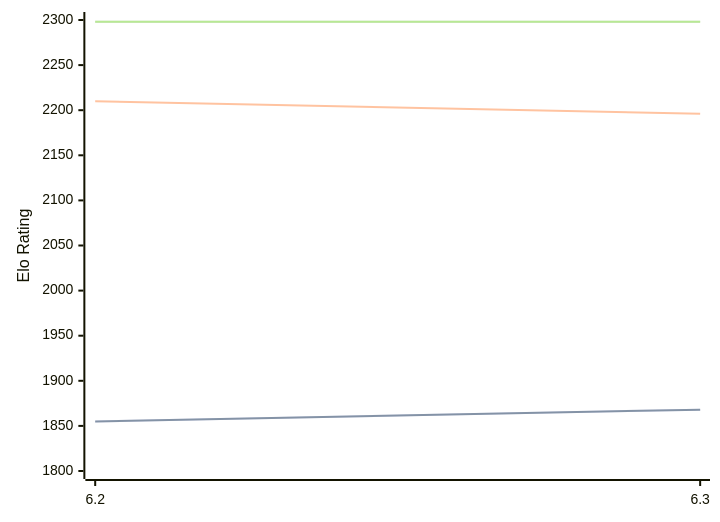
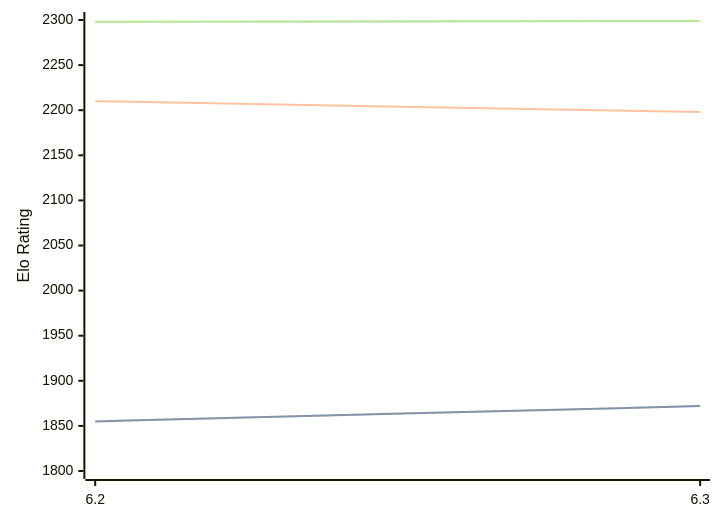
The diagram in engines/chess4j.md (computer-chess-index/cci), drawn with Mermaid before and after one commit. The commit also changed other lines of this file, not shown here.

Commit message:
Update CCI Ratings (ELO VLTC) - 2026-09-07

````diff
--- a/engines/chess4j.md
+++ b/engines/chess4j.md
@@ -32,11 +32,11 @@
 ```mermaid
 %%{init: {"theme":"base","themeVariables":{"seriesColors:['#a3a3a3','#222221','#faa371']}}}%%
 xychart-beta
   x-axis ["6.2", "6.3"]
   y-axis "Elo Rating" 1800 --> 2300
-  line "" [1855, 1868]
-  line "STC (8.0+0.08s)" [1855, 1868]
-  line "LTC (60.0+0.60s)" [2210, 2196]
-  line "" [2298, 2298]
-  line "VLTC (2m24s+1.12s)" [2298, 2298]
+  line "" [1855, 1872]
+  line "STC (8.0+0.08s)" [1855, 1872]
+  line "LTC (60.0+0.60s)" [2210, 2198]
+  line "" [2298, 2299]
+  line "VLTC (2m24s+1.12s)" [2298, 2299]
 ```
````
